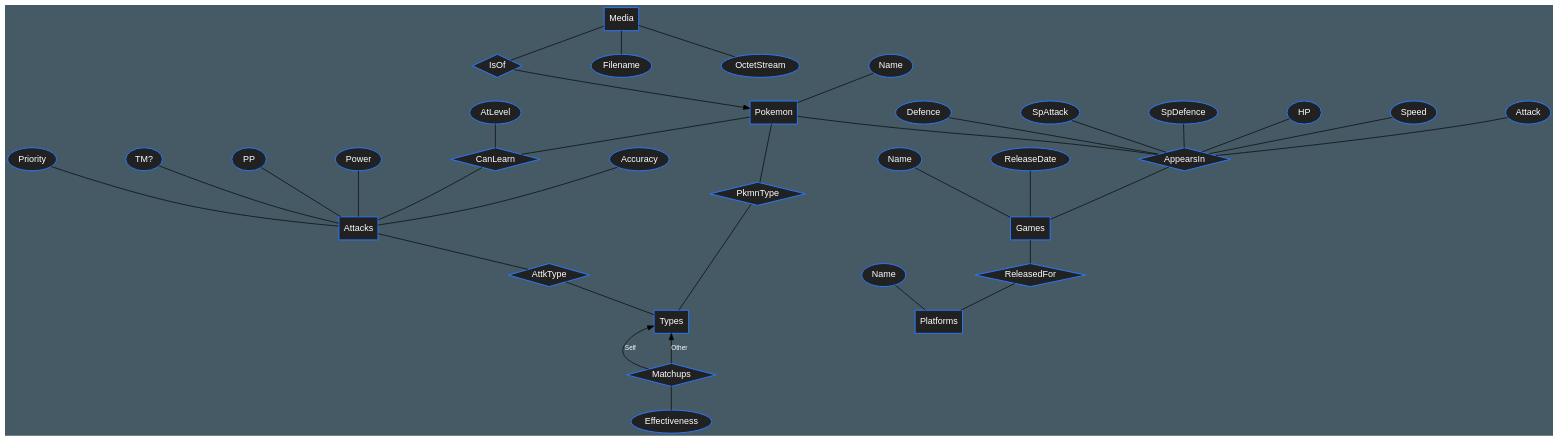
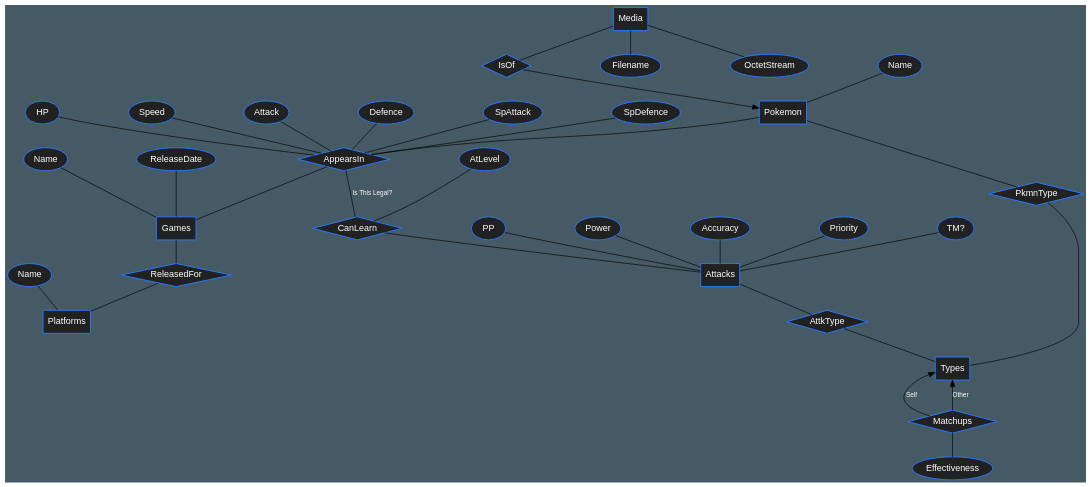
Before and after one commit to 0xADD1E/Databases-Project: the diagram in ER.dot, drawn with Graphviz.

Commit message:
We made bad assumptions
APPARENTLY TMs (and attacks more generally?) can sometimes change
between versions of the game

```diff
--- a/ER.dot
+++ b/ER.dot
@@ -1,85 +1,85 @@
 graph {
     # https://graphviz.org/doc/info/attrs.html
 
 
     ###########################################################################
     #Styles
     ###########################################################################
     bgcolor="#455A64";
     nodesep=1.5;
     #splines=polyline; # maybe?
     node[fontname="Sailec,Arial",fontsize=14,style=filled,penwidth=1.5,color="#2979FF", fillcolor="#212121",fontcolor=white];
     edge[fontname="Sailec,Arial",fontsize=10,fontcolor=white,len=1.5];
 
 
     ###########################################################################
     #Entities
     ###########################################################################
     node[shape=rectangle];
     Pokemon;
     Types;
     Attacks;
     Media;
     Games;
     Platforms;
 
     ###########################################################################
     # Relationships
     ###########################################################################
     node[shape=diamond];
     Pokemon -- PkmnType;
     PkmnType -- Types;
 
     Types -- Matchups[label="Self",dir=back]; 
     Types -- Matchups[label="Other",dir=back];
 
     Attacks -- AttkType;
     AttkType -- Types;
 
-    Pokemon -- CanLearn;
+    AppearsIn -- CanLearn[label="Is This Legal?"];
     CanLearn -- Attacks;
     
     Media -- IsOf;
     IsOf -- Pokemon[dir=forward];
     
     Pokemon -- AppearsIn;
     AppearsIn -- Games;
     
     Games -- ReleasedFor;
     ReleasedFor -- Platforms;
 
     ###########################################################################
     # Attributes
     ###########################################################################
     node[shape=oval];
 
     gameName[label="Name"];
     gameName -- Games;
     ReleaseDate -- Games;
 
     pokemonName[label="Name"];
     pokemonName -- Pokemon;
     platformName[label="Name"];
     platformName -- "Platforms";
 
     Media -- Filename;
     Media -- OctetStream;
 
     PP -- Attacks;
     Power -- Attacks;
     Accuracy -- Attacks;
     Priority -- Attacks;
     TM[label="TM?"];
     TM -- Attacks;
 
     AtLevel -- CanLearn;
 
     Matchups -- Effectiveness;
 
     HP -- AppearsIn;
     Speed -- AppearsIn;
     Attack -- AppearsIn;
     Defence -- AppearsIn;
     SpAttack -- AppearsIn;
     SpDefence -- AppearsIn;
 }
```
